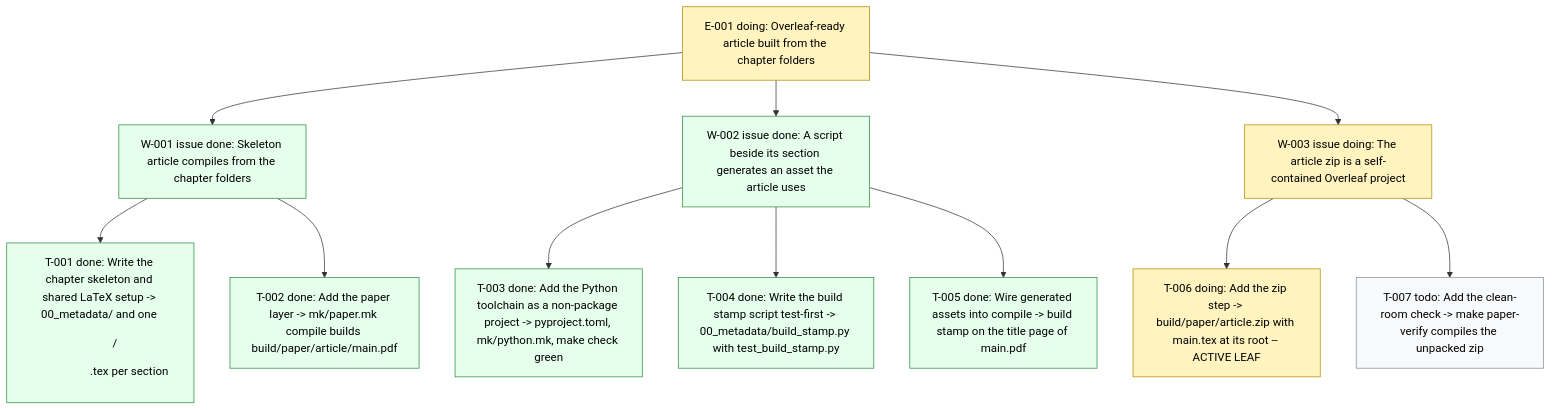
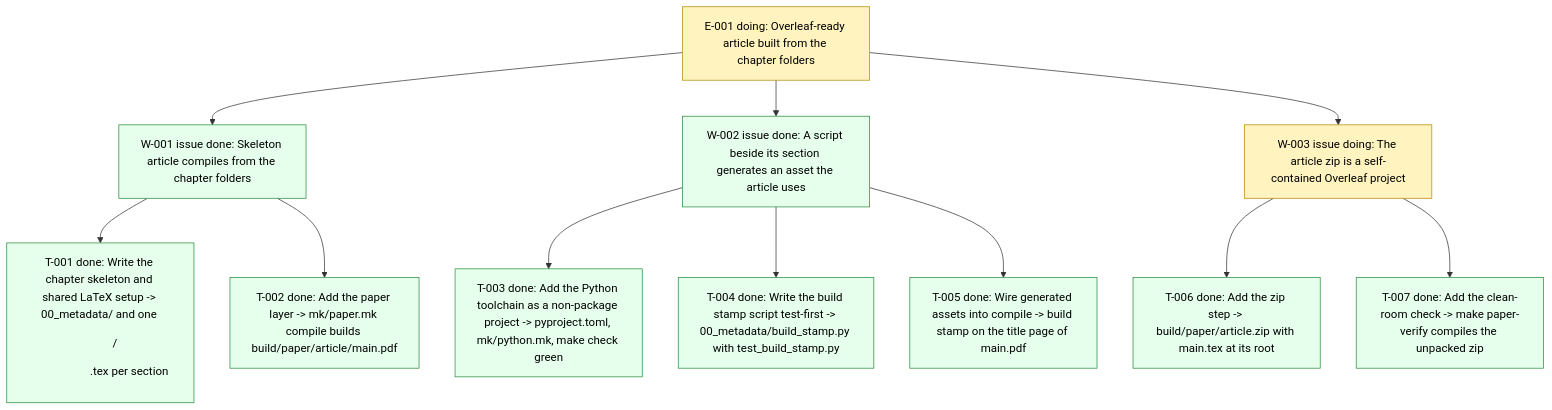
One commit to dpopchev/surrogate-models changed the diagram in .board/BOARD.md. Above: the diagram before and after it, drawn with Mermaid. The commit also changed other lines of this file and 1 other file, not shown here.

Commit message:
chore: close T-007 on the board
Refs: W-003 T-007

````diff
--- a/.board/BOARD.md
+++ b/.board/BOARD.md
@@ -26,22 +26,21 @@
 ```mermaid
 flowchart TD
   E001["E-001 doing: Overleaf-ready article built from the chapter folders"]
   E001 --> W001["W-001 issue done: Skeleton article compiles from the chapter folders"]
   W001 --> T001["T-001 done: Write the chapter skeleton and shared LaTeX setup -> 00_metadata/ and one <dir>/<dir>.tex per section"]
   W001 --> T002["T-002 done: Add the paper layer -> mk/paper.mk compile builds build/paper/article/main.pdf"]
   E001 --> W002["W-002 issue done: A script beside its section generates an asset the article uses"]
   W002 --> T003["T-003 done: Add the Python toolchain as a non-package project -> pyproject.toml, mk/python.mk, make check green"]
   W002 --> T004["T-004 done: Write the build stamp script test-first -> 00_metadata/build_stamp.py with test_build_stamp.py"]
   W002 --> T005["T-005 done: Wire generated assets into compile -> build stamp on the title page of main.pdf"]
   E001 --> W003["W-003 issue doing: The article zip is a self-contained Overleaf project"]
-  W003 --> T006["T-006 doing: Add the zip step -> build/paper/article.zip with main.tex at its root -- ACTIVE LEAF"]
-  W003 --> T007["T-007 todo: Add the clean-room check -> make paper-verify compiles the unpacked zip"]
+  W003 --> T006["T-006 done: Add the zip step -> build/paper/article.zip with main.tex at its root"]
+  W003 --> T007["T-007 done: Add the clean-room check -> make paper-verify compiles the unpacked zip"]
   classDef doing fill:#fff3bf,stroke:#b58900,color:#000;
   classDef blocked fill:#ffe3e3,stroke:#c92a2a,color:#000;
   classDef done fill:#e6ffed,stroke:#2b8a3e,color:#000;
   classDef todo fill:#f8f9fa,stroke:#868e96,color:#000;
   classDef pruned fill:#f1f3f5,stroke:#adb5bd,color:#000;
-  class E001,W003,T006 doing
-  class W001,T001,T002,W002,T003,T004,T005 done
-  class T007 todo
+  class E001,W003 doing
+  class W001,T001,T002,W002,T003,T004,T005,T006,T007 done
 ```
````
